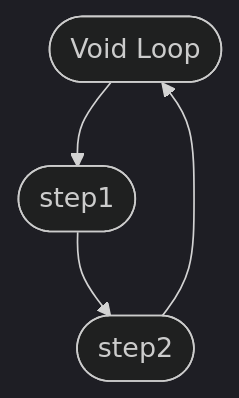
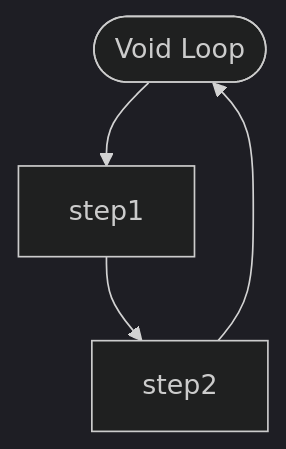
Before and after one commit to TheDjgamerProductions/Robotics2022: the second of 2 diagrams in Assessments/Assessment_2_Smart_Device_House/Logic.md, drawn with Mermaid (dark theme).

Commit message:
Fixed Loop flow chart

````diff
--- a/Assessments/Assessment_2_Smart_Device_House/Logic.md
+++ b/Assessments/Assessment_2_Smart_Device_House/Logic.md
@@ -20,7 +20,7 @@
 ```mermaid
   flowchart TD
     terminalStart([Void Loop])
-    step1([step1])
-    step2([step2])
+    step1[step1]
+    step2[step2]
     terminalStart --> step1 --> step2 --> terminalStart
 ```
````
